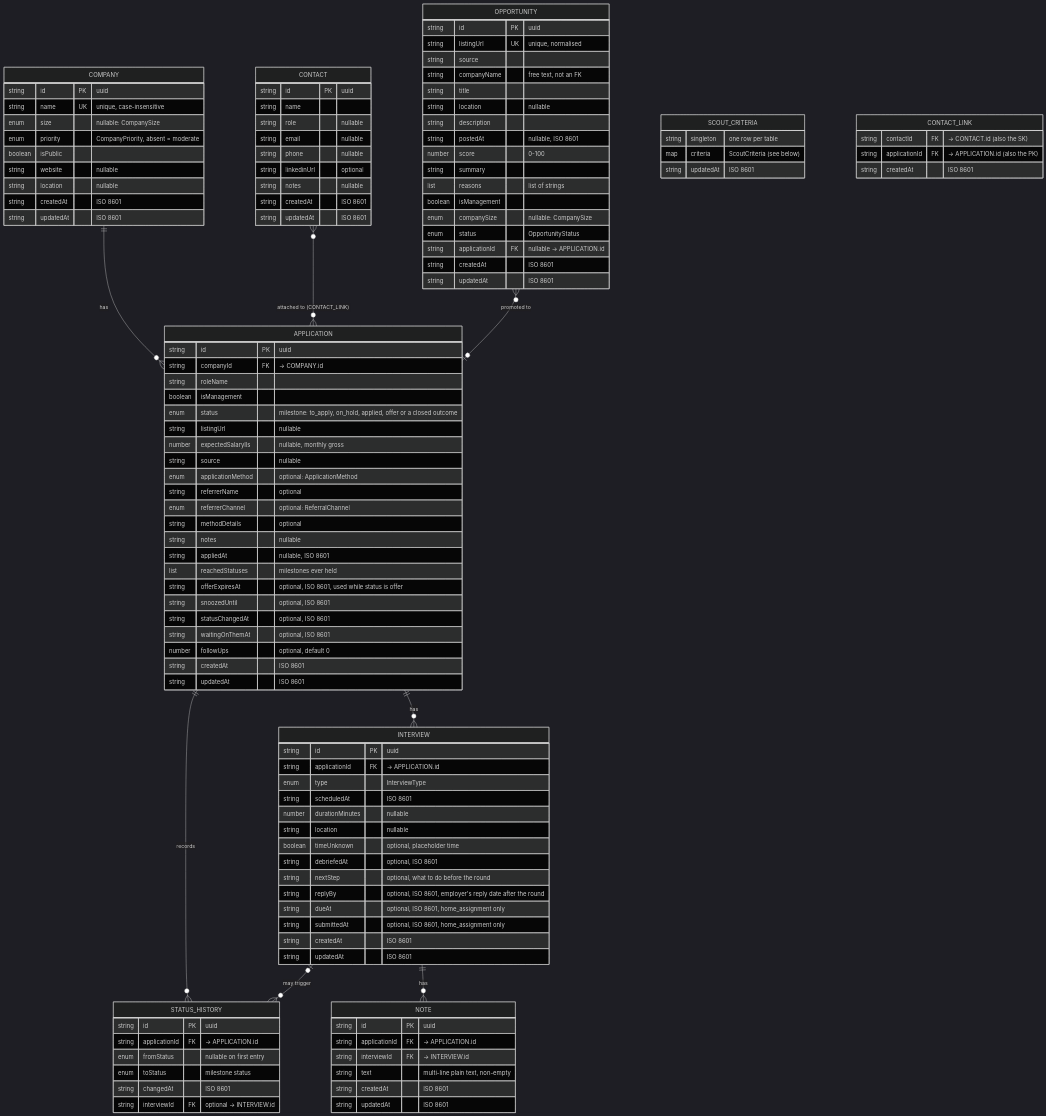
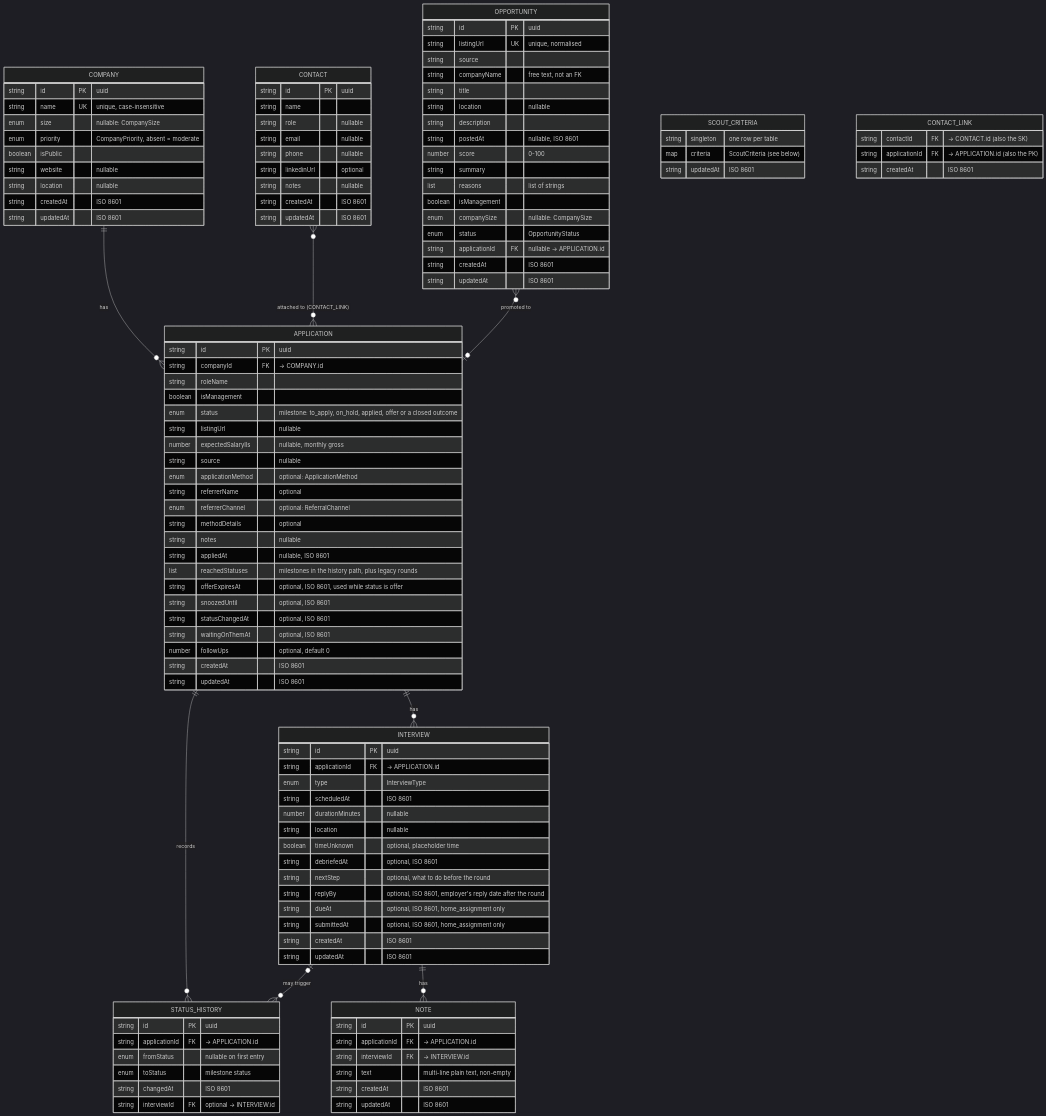
Before and after one commit to shayyzhakov/job-tracker: the first of 2 diagrams in docs/DATA-MODEL.md, drawn with Mermaid (dark theme). The commit also changed other lines of this file and 16 other files, not shown here.

First line of the commit message:
Keep status history one logical path on backward moves

```diff
--- a/docs/DATA-MODEL.md
+++ b/docs/DATA-MODEL.md
@@ -49,7 +49,7 @@
         string methodDetails "optional"
         string notes "nullable"
         string appliedAt "nullable, ISO 8601"
-        list reachedStatuses "milestones ever held"
+        list reachedStatuses "milestones in the history path, plus legacy rounds"
         string offerExpiresAt "optional, ISO 8601, used while status is offer"
         string snoozedUntil "optional, ISO 8601"
         string statusChangedAt "optional, ISO 8601"
```
